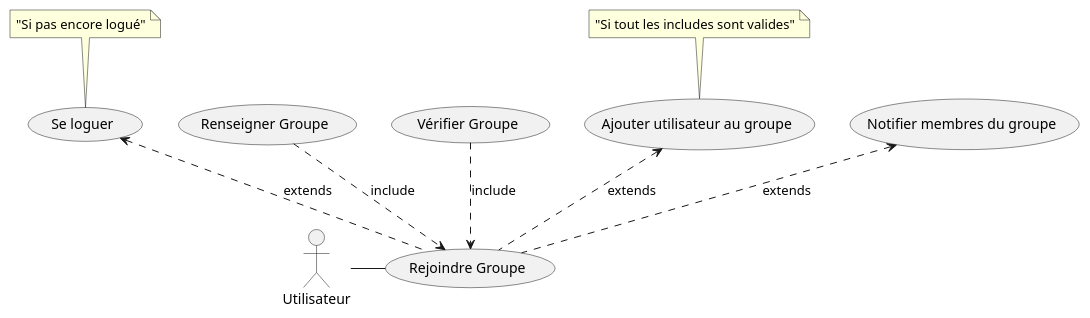
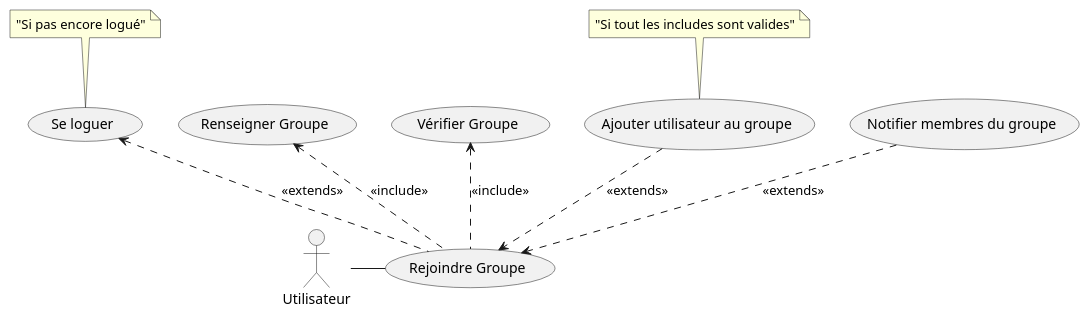
Before and after one commit to clementfvrl/projet_linux: the diagram in docs/use_cases/RejoindreGroupe.puml, drawn with PlantUML. The commit also changed 10 other files, not shown here.

```diff
--- a/docs/use_cases/RejoindreGroupe.puml
+++ b/docs/use_cases/RejoindreGroupe.puml
@@ -1,21 +1,21 @@
 @startuml
 
 actor Utilisateur as User
 
 top to bottom direction
 
 usecase (Rejoindre Groupe) as join
 
 :User: -right- join
 
-(Se loguer) <.. join :  extends  
+(Se loguer) <.. join :  << extends >>  
 
 note top of  (Se loguer) : "Si pas encore logué"
 
-(Renseigner Groupe) ..> join : include 
-(Vérifier Groupe) ..> join : include 
-(Ajouter utilisateur au groupe) <.. join :  extends 
+(Renseigner Groupe) <.. join : << include >>
+(Vérifier Groupe) <.. join : << include >>
+(Ajouter utilisateur au groupe) ..> join :  << extends >>
 note top of  (Ajouter utilisateur au groupe) : "Si tout les includes sont valides"
-(Notifier membres du groupe) <.. join :  extends
+(Notifier membres du groupe) ..> join :  << extends >>
 
 @enduml
```
